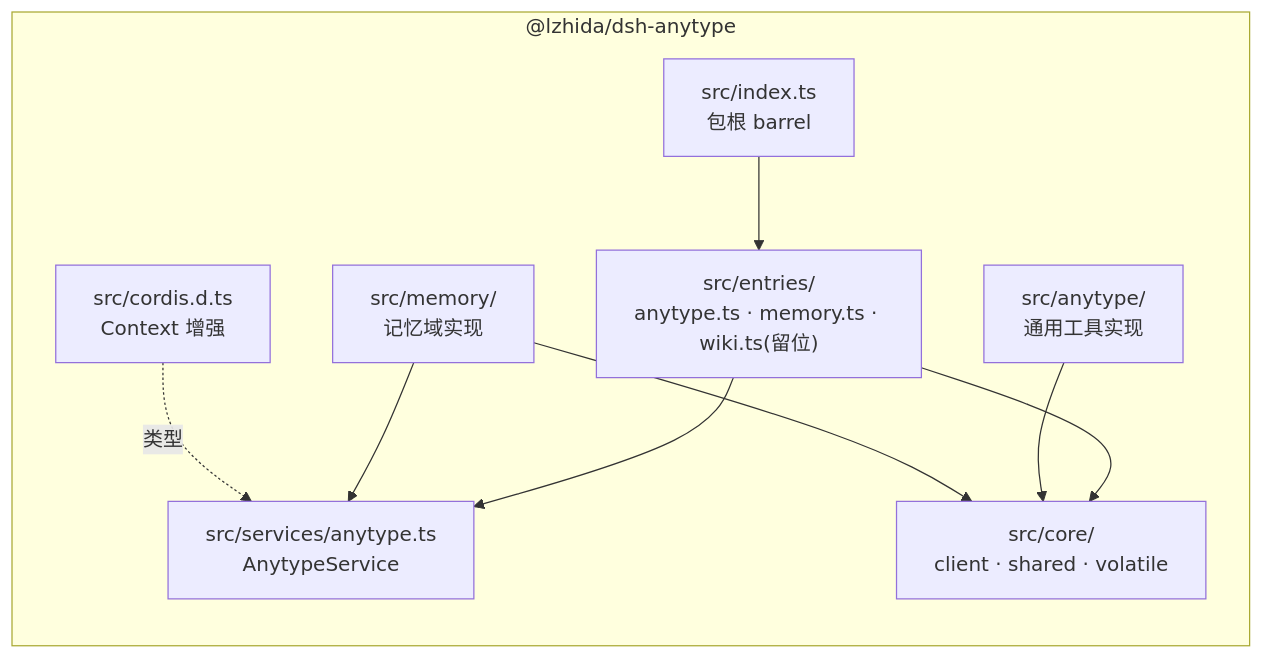
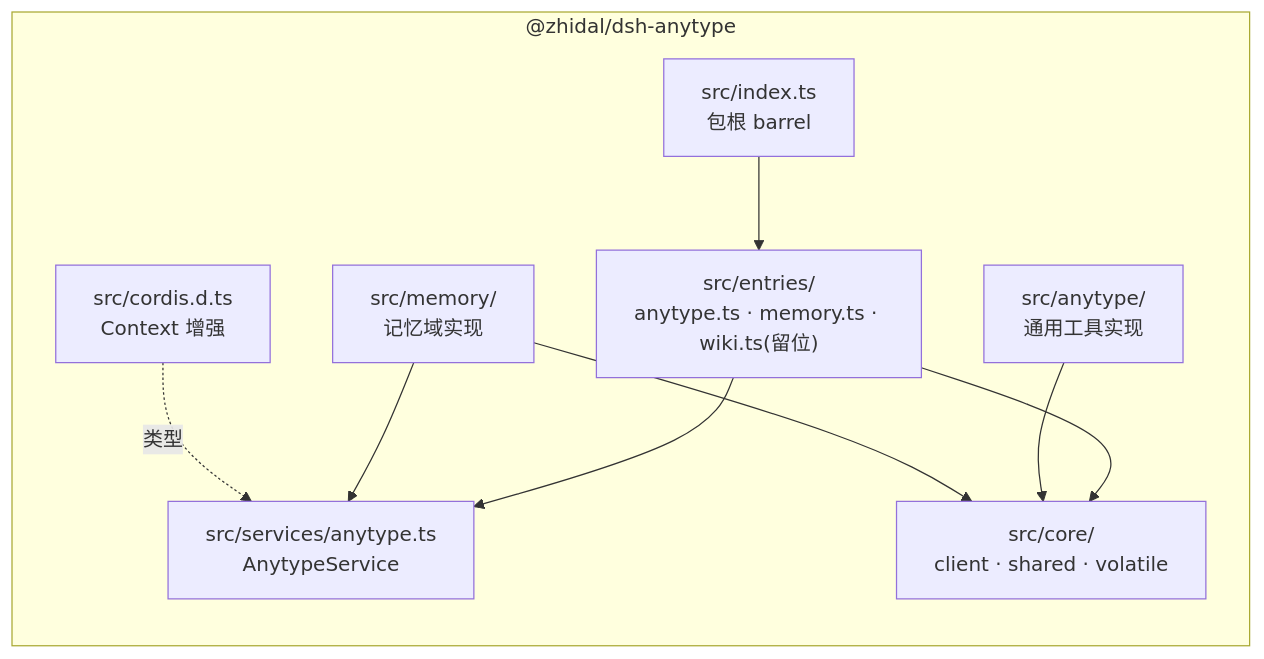
One commit to lzhida/dsh-plugins-workspace changed the second of 2 diagrams in packages/dsh-anytype/docs/bundle-architecture.md. Above: the diagram before and after it, drawn with Mermaid. The commit also changed other lines of this file and 17 other files, not shown here.

````diff
--- a/packages/dsh-anytype/docs/bundle-architecture.md
+++ b/packages/dsh-anytype/docs/bundle-architecture.md
@@ -164,19 +164,19 @@
 ```mermaid
 flowchart LR
-    subgraph pkg["@lzhida/dsh-anytype"]
+    subgraph pkg["@zhidal/dsh-anytype"]
         EN["src/entries/<br/>anytype.ts · memory.ts · wiki.ts(留位)"]
         SV["src/services/anytype.ts<br/>AnytypeService"]
         CO["src/core/<br/>client · shared · volatile"]
         AT["src/anytype/<br/>通用工具实现"]
         ME["src/memory/<br/>记忆域实现"]
         CD["src/cordis.d.ts<br/>Context 增强"]
         RT["src/index.ts<br/>包根 barrel"]
     end
     EN --> SV
     EN --> CO
     AT --> CO
     ME --> CO
     ME --> SV
     CD -.类型.-> SV
     RT --> EN
 ```
````
